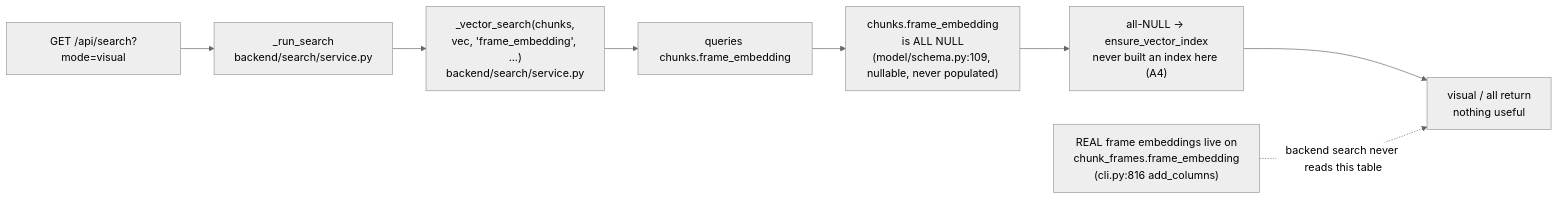
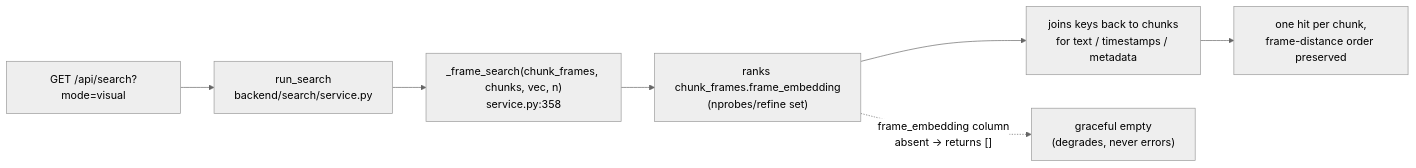
The second of 2 diagrams in docs/INVESTIGATION.md (Borg93/lance-audio-demo), drawn with Mermaid (neutral theme) before and after one commit. The commit also changed other lines of this file and 17 other files, not shown here.

````diff
--- a/docs/INVESTIGATION.md
+++ b/docs/INVESTIGATION.md
@@ -145,12 +148,9 @@
 ```mermaid
 flowchart LR
-    Q["GET /api/search?mode=visual"] --> RS["_run_search<br/>backend/search/service.py"]
-    RS --> VS["_vector_search(chunks,<br/>vec, 'frame_embedding', ...)<br/>backend/search/service.py"]
-    VS --> COL["queries chunks.frame_embedding"]
-    COL --> EMPTY["chunks.frame_embedding<br/>is ALL NULL<br/>(model/schema.py:109, nullable, never populated)"]
-    EMPTY --> NOIDX["all-NULL -> ensure_vector_index<br/>never built an index here (A4)"]
-    NOIDX --> NADA["visual / all return<br/>nothing useful"]
-
-    REAL["REAL frame embeddings live on<br/>chunk_frames.frame_embedding<br/>(cli.py:816 add_columns)"]
-    REAL -.->|"backend search never reads this table"| NADA
+    Q["GET /api/search?mode=visual"] --> RS["run_search<br/>backend/search/service.py"]
+    RS --> FS["_frame_search(chunk_frames, chunks, vec, n)<br/>service.py:358"]
+    FS --> CF["ranks chunk_frames.frame_embedding<br/>(nprobes/refine set)"]
+    CF --> JOIN["joins keys back to chunks<br/>for text / timestamps / metadata"]
+    JOIN --> HITS["one hit per chunk,<br/>frame-distance order preserved"]
+    CF -.->|"frame_embedding column<br/>absent → returns []"| EMPTY["graceful empty<br/>(degrades, never errors)"]
 ```
````
